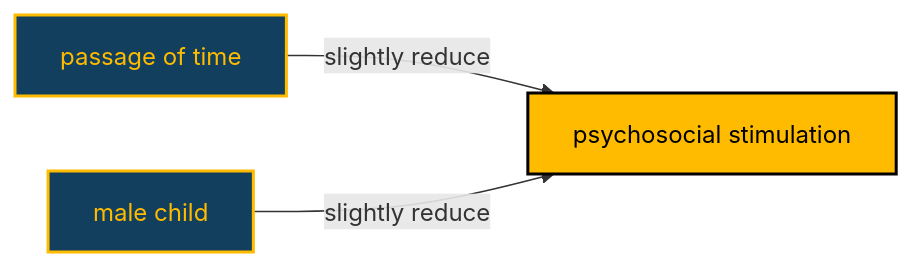
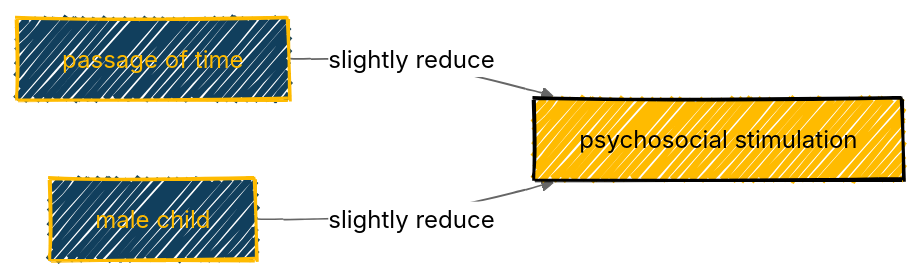
One commit to agrogan1/research changed the diagram in MICSPLUS/diagram.md. Above: the diagram before and after it, drawn with Mermaid.

````diff
--- a/MICSPLUS/diagram.md
+++ b/MICSPLUS/diagram.md
@@ -1,27 +1,32 @@
 ```mermaid
+---
+config:
+  look: handDrawn
+  theme: neutral
+---
 
 flowchart LR
 
   classDef yellow fill:#FFC20E,stroke:#000000,stroke-width:2px,color:#000000;
   
   classDef cyan fill:#1CABE2,stroke:#000000,stroke-width:2px,color:#FFFFFF;
   
   classDef red fill:#E2231A,stroke:#000000,stroke-width:2px,color:#FFFFFF;
   
   classDef orange fill:#F26A21,stroke:#000000,stroke-width:2px,color:#FFFFFF;
 
   classDef tidal fill:#113f5d,color:#FFBB00,stroke:#FFBB00,stroke-width:2px
 
   classDef tidal2 fill:#FFBB00,color:#000000,stroke:#000000,stroke-width:2px
 
   time[passage of time]:::tidal
 
   psychosocial[psychosocial stimulation]:::tidal2
 
   male[male child]:::tidal
 
   time --> |"slightly reduce"| psychosocial
 
   male --> |"slightly reduce"| psychosocial
 
 ```
````
